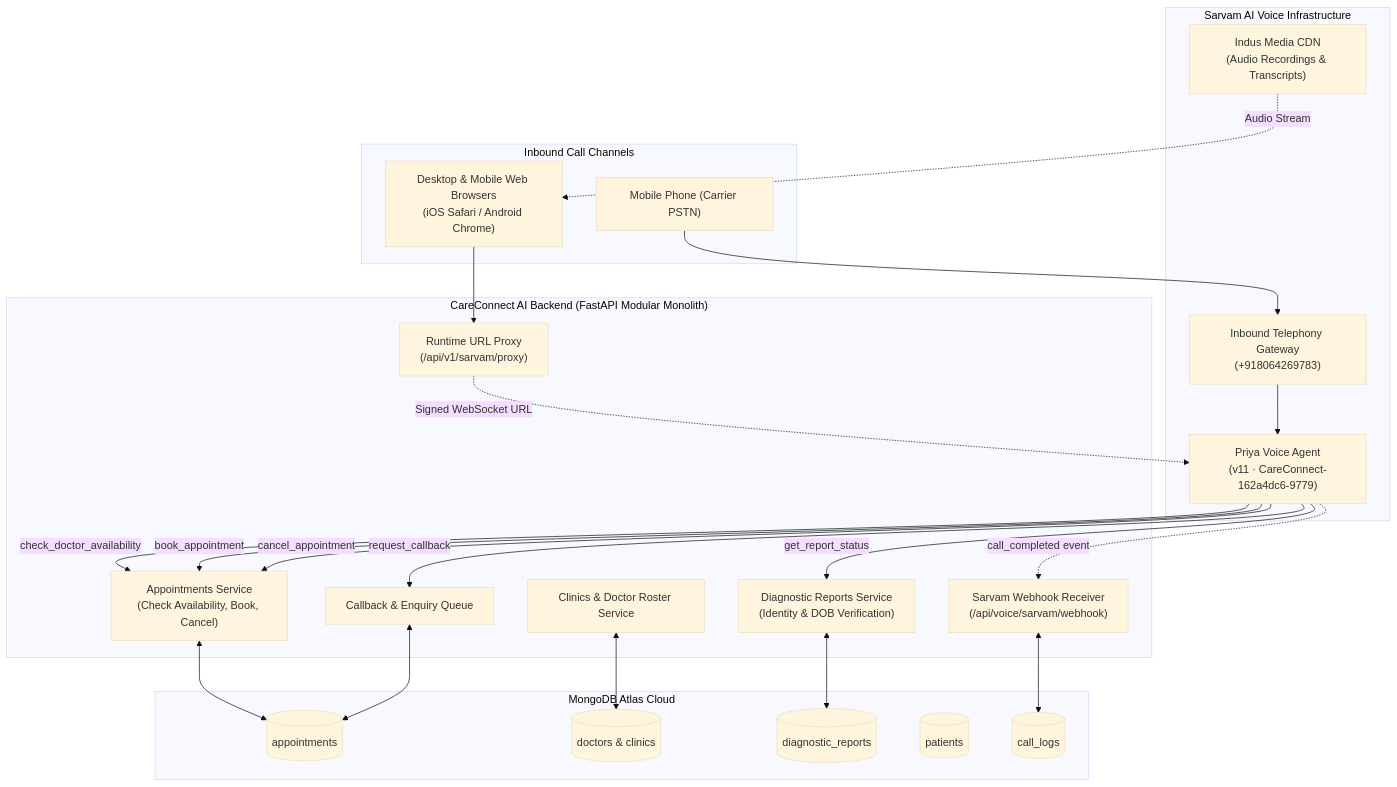
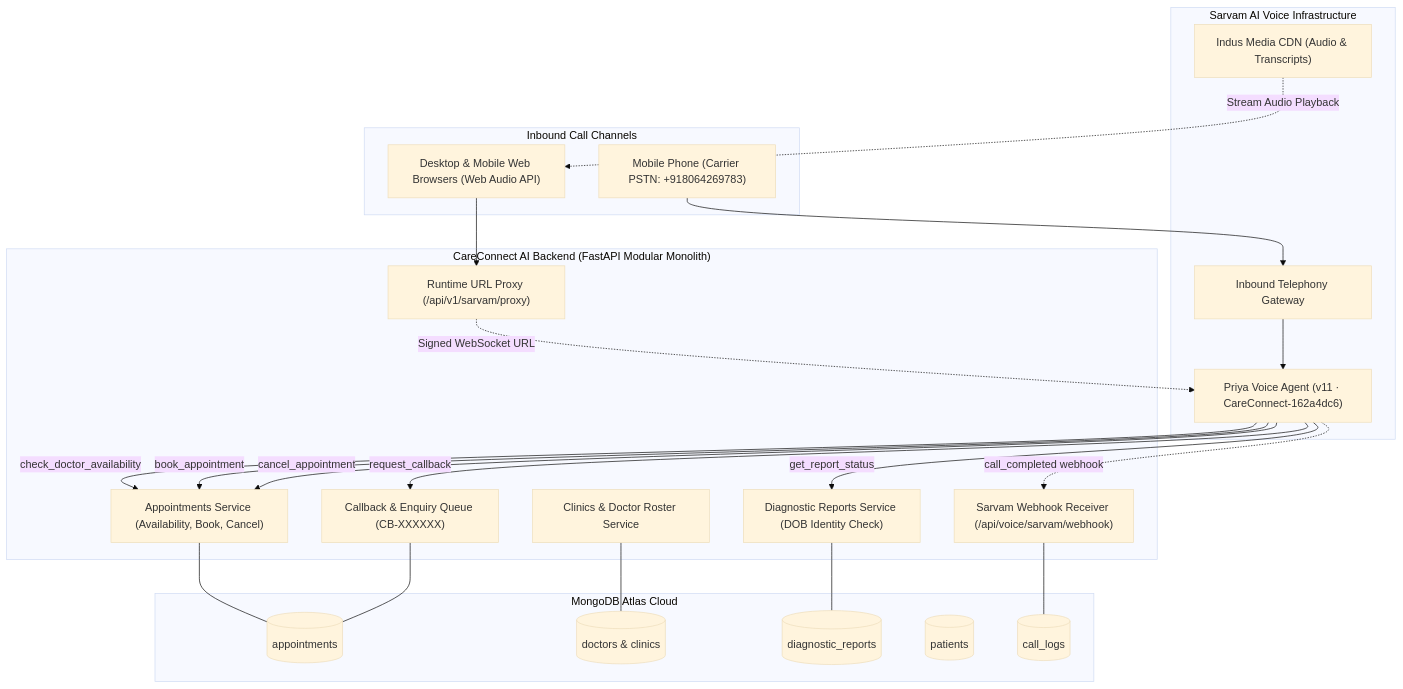
The diagram in README.md (krishnaaurora/CareConnect---AI-Clinic-Assisatant), drawn with Mermaid (base theme) before and after one commit. The commit also changed other lines of this file and 6 other files, not shown here.

Commit message:
fix(docs): resolve GitHub architecture rendering with native SVG diagram, remove Bolna references, and highlight Google Drive demo folder

````diff
--- a/README.md
+++ b/README.md
@@ -146,49 +159,49 @@
 ```mermaid
 flowchart TD
     subgraph Callers ["Inbound Call Channels"]
-        Phone["Mobile Phone (Carrier PSTN)"]
-        Browser["Desktop & Mobile Web Browsers\n(iOS Safari / Android Chrome)"]
+        Phone["Mobile Phone (Carrier PSTN: +918064269783)"]
+        Browser["Desktop & Mobile Web Browsers (Web Audio API)"]
     end
 
     subgraph SarvamVoice ["Sarvam AI Voice Infrastructure"]
-        TelGateway["Inbound Telephony Gateway\n(+918064269783)"]
-        VoiceAgent["Priya Voice Agent\n(v11 · CareConnect-162a4dc6-9779)"]
-        IndusCDN["Indus Media CDN\n(Audio Recordings & Transcripts)"]
+        TelGateway["Inbound Telephony Gateway"]
+        VoiceAgent["Priya Voice Agent (v11 · CareConnect-162a4dc6)"]
+        IndusCDN["Indus Media CDN (Audio & Transcripts)"]
     end
 
     subgraph BackendGateway ["CareConnect AI Backend (FastAPI Modular Monolith)"]
-        Proxy["Runtime URL Proxy\n(/api/v1/sarvam/proxy)"]
-        ApptService["Appointments Service\n(Check Availability, Book, Cancel)"]
+        Proxy["Runtime URL Proxy (/api/v1/sarvam/proxy)"]
+        ApptService["Appointments Service (Availability, Book, Cancel)"]
         ClinicsService["Clinics & Doctor Roster Service"]
-        ReportService["Diagnostic Reports Service\n(Identity & DOB Verification)"]
-        CallbackService["Callback & Enquiry Queue"]
-        WebhookHandler["Sarvam Webhook Receiver\n(/api/voice/sarvam/webhook)"]
+        ReportService["Diagnostic Reports Service (DOB Identity Check)"]
+        CallbackService["Callback & Enquiry Queue (CB-XXXXXX)"]
+        WebhookHandler["Sarvam Webhook Receiver (/api/voice/sarvam/webhook)"]
     end
 
     subgraph Database ["MongoDB Atlas Cloud"]
         AppointmentsColl[("appointments")]
         DoctorsColl[("doctors & clinics")]
         ReportsColl[("diagnostic_reports")]
         PatientsColl[("patients")]
         CallsColl[("call_logs")]
     end
 
     Phone --> TelGateway
     TelGateway --> VoiceAgent
     Browser --> Proxy
-    Proxy -. Signed WebSocket URL .-> VoiceAgent
+    Proxy -.->|Signed WebSocket URL| VoiceAgent
 
-    VoiceAgent -- "check_doctor_availability" --> ApptService
-    VoiceAgent -- "book_appointment" --> ApptService
-    VoiceAgent -- "cancel_appointment" --> ApptService
-    VoiceAgent -- "get_report_status" --> ReportService
-    VoiceAgent -- "request_callback" --> CallbackService
-    VoiceAgent -. "call_completed event" .-> WebhookHandler
+    VoiceAgent -->|check_doctor_availability| ApptService
+    VoiceAgent -->|book_appointment| ApptService
+    VoiceAgent -->|cancel_appointment| ApptService
+    VoiceAgent -->|get_report_status| ReportService
+    VoiceAgent -->|request_callback| CallbackService
+    VoiceAgent -.->|call_completed webhook| WebhookHandler
 
-    ApptService <--> AppointmentsColl
-    ClinicsService <--> DoctorsColl
-    ReportService <--> ReportsColl
-    CallbackService <--> AppointmentsColl
-    WebhookHandler <--> CallsColl
-    IndusCDN -. Audio Stream .-> Browser
+    ApptService --- AppointmentsColl
+    ClinicsService --- DoctorsColl
+    ReportService --- ReportsColl
+    CallbackService --- AppointmentsColl
+    WebhookHandler --- CallsColl
+    IndusCDN -.->|Stream Audio Playback| Browser
 ```
````
